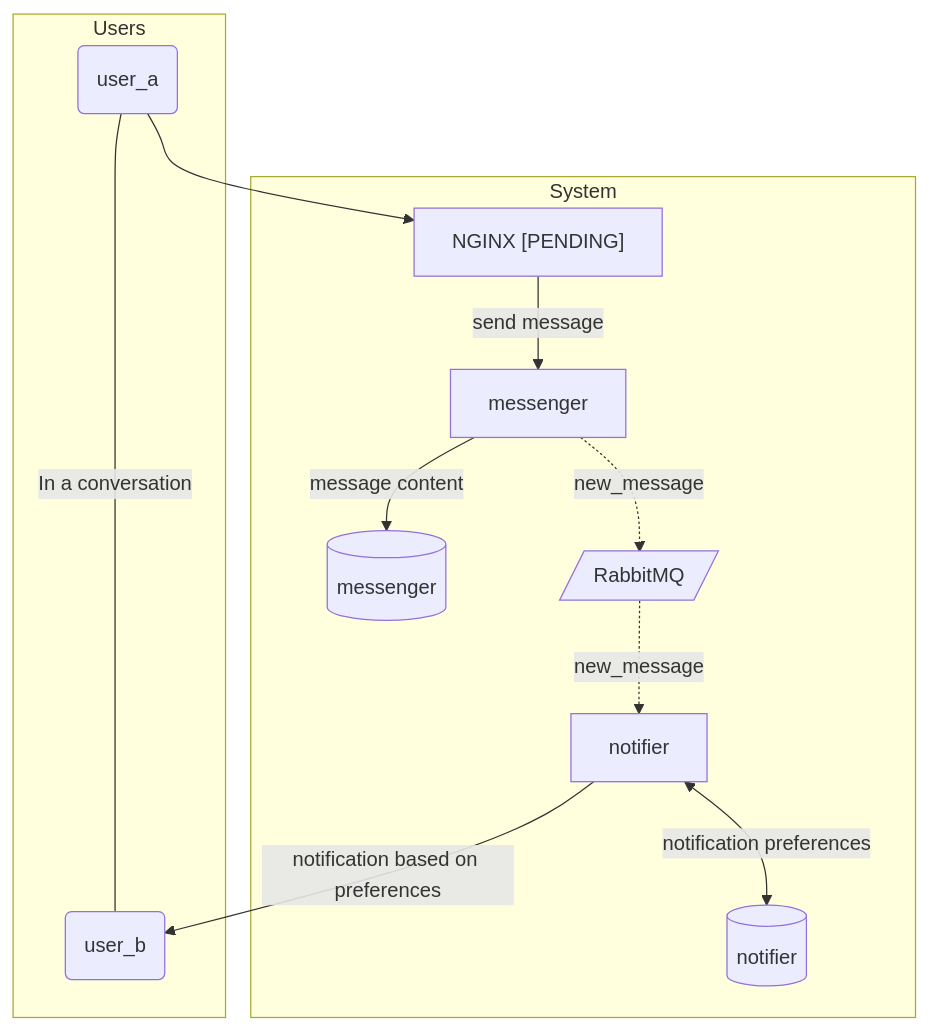
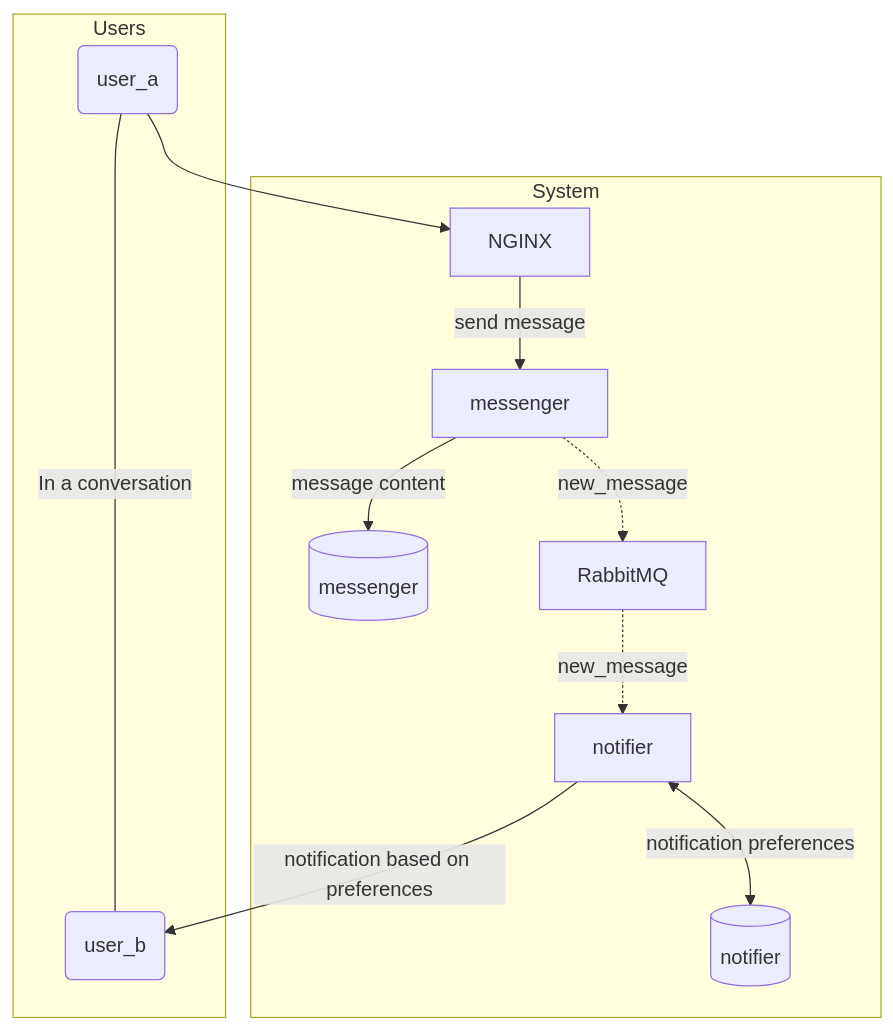
The diagram in profile/README.md (microservices-march-2022/.github), drawn with Mermaid before and after one commit. The commit also changed other lines of this file, not shown here.

````diff
--- a/profile/README.md
+++ b/profile/README.md
@@ -58,15 +68,15 @@
 ```mermaid
 graph TD
 G --> A
 subgraph System
-A["NGINX [PENDING]"] -->|send message| B[messenger]
-B -->|message content| C[(messenger)]
-B .->|new_message| D[/RabbitMQ/]
-D .->|new_message| E[notifier]
-E <-->|notification preferences| F[(notifier)]
+A[NGINX] --> | send message | B[messenger]
+B --> | message content | C[(messenger)]
+B .-> | new_message | D[RabbitMQ]
+D .-> | new_message | E[notifier]
+E <--> | notification preferences | F[(notifier)]
 end
-E -->|notification based on preferences| H
+E --> | notification based on preferences | H
 subgraph Users
-G(user_a) ---|In a conversation| H(user_b)
+G(user_a) --- | In a conversation | H(user_b)
 end
 ```
````
